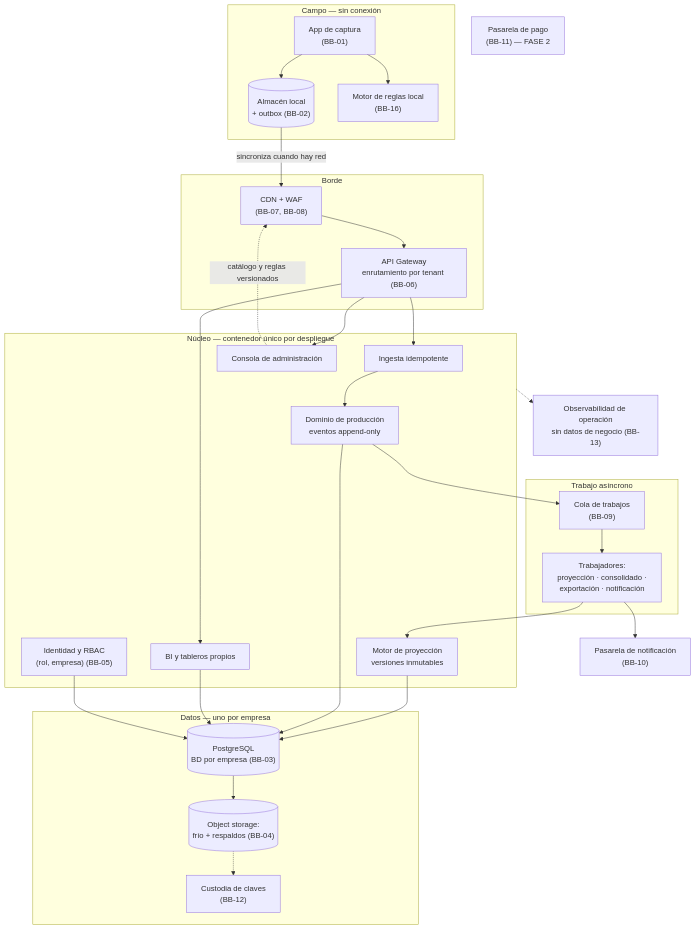
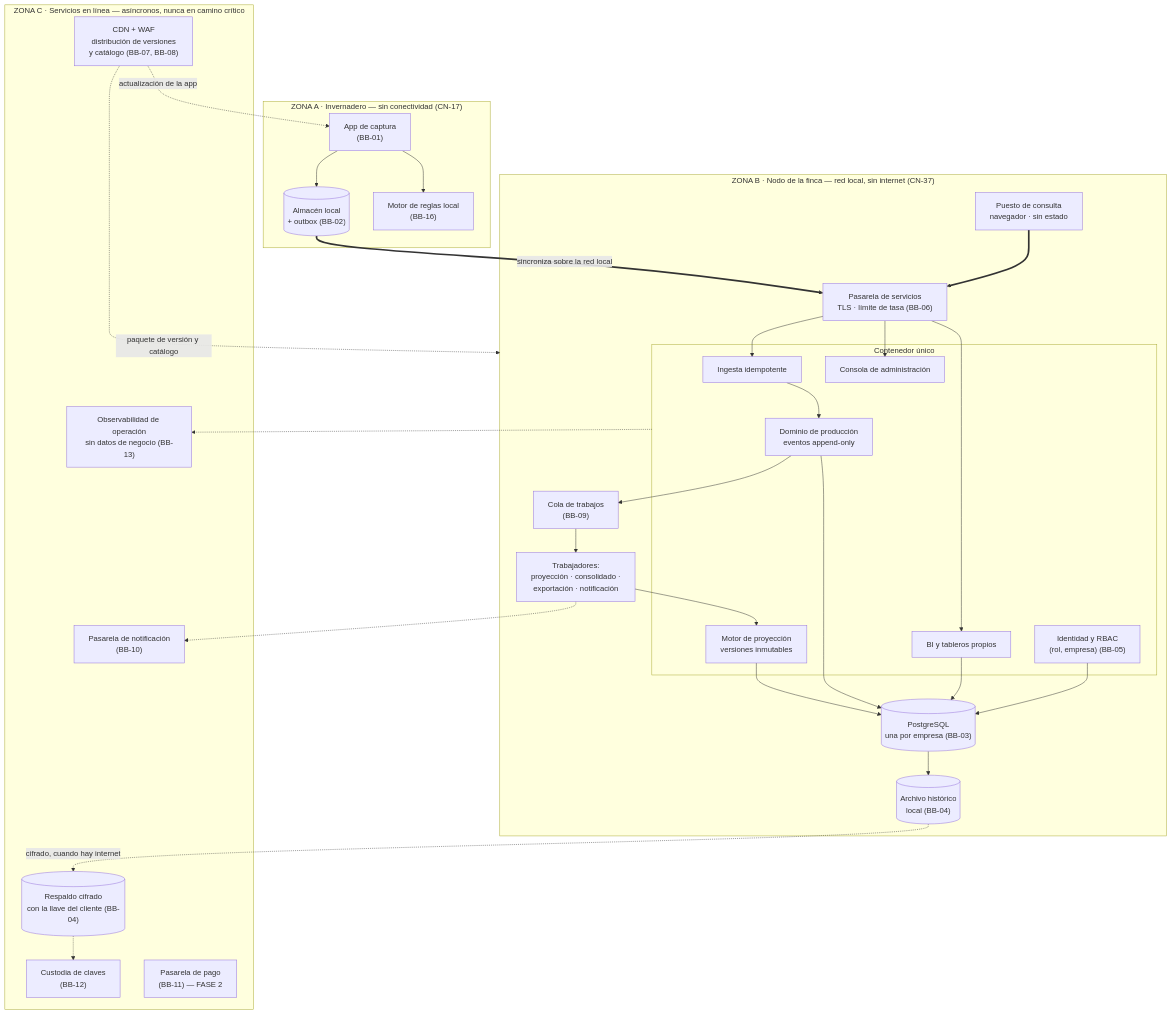
The first of 2 diagrams in docs/03-arquitectura/FlorLogic-alternativa-de-solucion-y-ADR.md (JuanPabloAvendano/FlorLogic), drawn with Mermaid before and after one commit. The commit also changed other lines of this file and 19 other files, not shown here.

````diff
--- a/docs/03-arquitectura/FlorLogic-alternativa-de-solucion-y-ADR.md
+++ b/docs/03-arquitectura/FlorLogic-alternativa-de-solucion-y-ADR.md
@@ -232,58 +261,57 @@
 ```mermaid
 flowchart TB
-    subgraph campo["Campo — sin conexión"]
+    subgraph campo["ZONA A · Invernadero — sin conectividad (CN-17)"]
         APP["App de captura<br/>(BB-01)"]
         LOC[("Almacén local<br/>+ outbox (BB-02)")]
         REG["Motor de reglas local<br/>(BB-16)"]
         APP --> LOC
         APP --> REG
     end
 
-    subgraph borde["Borde"]
-        CDN["CDN + WAF<br/>(BB-07, BB-08)"]
-        GW["API Gateway<br/>enrutamiento por tenant (BB-06)"]
+    subgraph finca["ZONA B · Nodo de la finca — red local, sin internet (CN-37)"]
+        GW["Pasarela de servicios<br/>TLS · límite de tasa (BB-06)"]
+        subgraph nucleo["Contenedor único"]
+            ING["Ingesta idempotente"]
+            DOM["Dominio de producción<br/>eventos append-only"]
+            PROY["Motor de proyección<br/>versiones inmutables"]
+            BI["BI y tableros propios"]
+            ADM["Consola de administración"]
+            IDP["Identidad y RBAC<br/>(rol, empresa) (BB-05)"]
+        end
+        COLA["Cola de trabajos<br/>(BB-09)"]
+        WRK["Trabajadores:<br/>proyección · consolidado ·<br/>exportación · notificación"]
+        DB[("PostgreSQL<br/>una por empresa (BB-03)")]
+        ARCH[("Archivo histórico<br/>local (BB-04)")]
+        PC["Puesto de consulta<br/>navegador · sin estado"]
     end
 
-    subgraph nucleo["Núcleo — contenedor único por despliegue"]
-        ING["Ingesta idempotente"]
-        DOM["Dominio de producción<br/>eventos append-only"]
-        PROY["Motor de proyección<br/>versiones inmutables"]
-        BI["BI y tableros propios"]
-        ADM["Consola de administración"]
-        IDP["Identidad y RBAC<br/>(rol, empresa) (BB-05)"]
+    subgraph nube["ZONA C · Servicios en línea — asíncronos, nunca en camino crítico"]
+        CDN["CDN + WAF<br/>distribución de versiones<br/>y catálogo (BB-07, BB-08)"]
+        RESP[("Respaldo cifrado<br/>con la llave del cliente (BB-04)")]
+        KMS["Custodia de claves<br/>(BB-12)"]
+        OBS["Observabilidad de operación<br/>sin datos de negocio (BB-13)"]
+        NOT["Pasarela de notificación<br/>(BB-10)"]
+        PAY["Pasarela de pago<br/>(BB-11) — FASE 2"]
     end
 
-    subgraph asinc["Trabajo asíncrono"]
-        COLA["Cola de trabajos<br/>(BB-09)"]
-        WRK["Trabajadores:<br/>proyección · consolidado ·<br/>exportación · notificación"]
-    end
-
-    subgraph datos["Datos — uno por empresa"]
-        DB[("PostgreSQL<br/>BD por empresa (BB-03)")]
-        OBJ[("Object storage:<br/>frío + respaldos (BB-04)")]
-        KMS["Custodia de claves<br/>(BB-12)"]
-    end
-
-    OBS["Observabilidad de operación<br/>sin datos de negocio (BB-13)"]
-    NOT["Pasarela de notificación<br/>(BB-10)"]
-    PAY["Pasarela de pago<br/>(BB-11) — FASE 2"]
-
-    LOC -->|"sincroniza cuando hay red"| CDN
-    CDN --> GW
+    LOC ==>|"sincroniza sobre la red local"| GW
+    PC ==> GW
     GW --> ING
     GW --> ADM
     GW --> BI
     ING --> DOM
     DOM --> COLA
     COLA --> WRK
     WRK --> PROY
-    WRK --> NOT
     PROY --> DB
     DOM --> DB
     BI --> DB
     IDP --> DB
-    DB --> OBJ
-    OBJ -.-> KMS
+    DB --> ARCH
+    ARCH -.->|"cifrado, cuando hay internet"| RESP
+    RESP -.-> KMS
+    CDN -.->|"paquete de versión y catálogo"| finca
+    CDN -.->|"actualización de la app"| APP
     nucleo -.-> OBS
-    ADM -.->|"catálogo y reglas versionados"| CDN
+    WRK -.-> NOT
 ```
````
